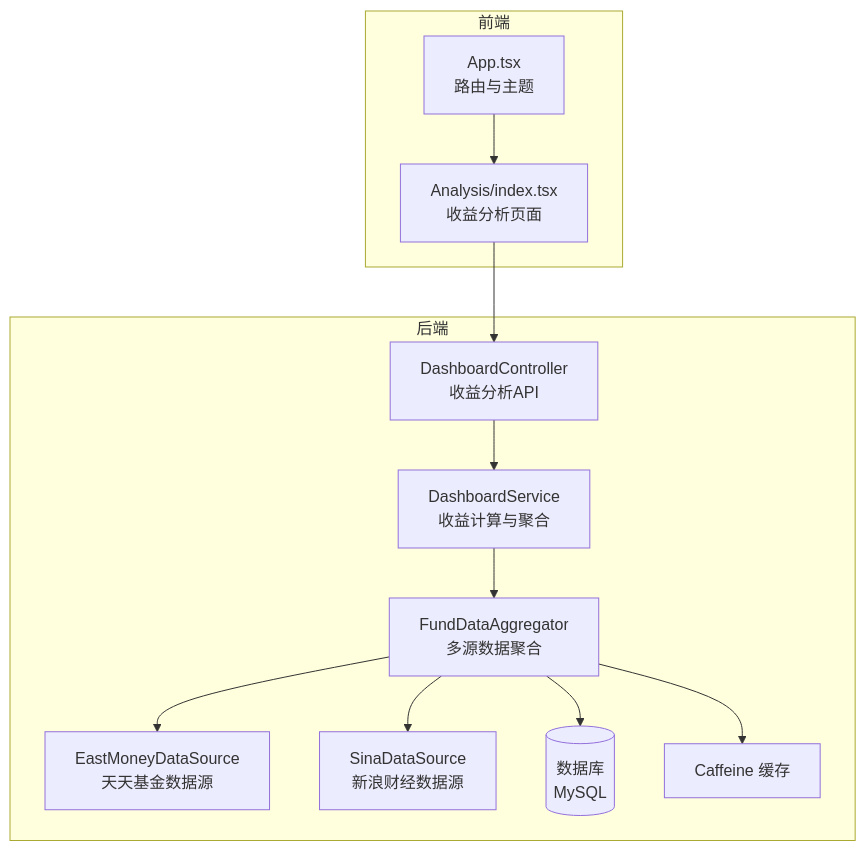
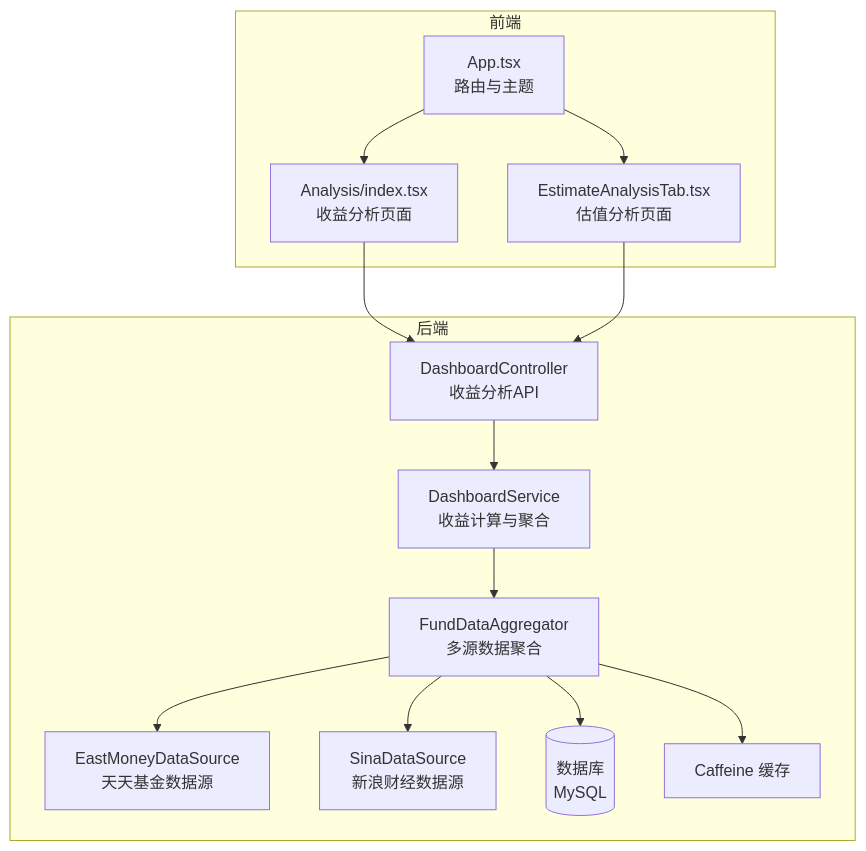
Before and after one commit to gree-coder/fund-butler: the first of 7 diagrams in .qoder/repowiki/zh/content/Progress Tracking.md, drawn with Mermaid. The commit also changed other lines of this file and 7 other files, not shown here.

Commit message:
fix: 修复收益趋势图全0问题，实现历史收益计算逻辑

````diff
--- a/.qoder/repowiki/zh/content/Progress Tracking.md
+++ b/.qoder/repowiki/zh/content/Progress Tracking.md
@@ -43,24 +56,27 @@
 ```mermaid
 graph TB
 subgraph "前端"
 FE_App["App.tsx<br/>路由与主题"]
 FE_Analysis["Analysis/index.tsx<br/>收益分析页面"]
+FE_Estimate["EstimateAnalysisTab.tsx<br/>估值分析页面"]
 end
 subgraph "后端"
 BE_Controller["DashboardController<br/>收益分析API"]
 BE_Service["DashboardService<br/>收益计算与聚合"]
 BE_Aggregator["FundDataAggregator<br/>多源数据聚合"]
 BE_East["EastMoneyDataSource<br/>天天基金数据源"]
 BE_Sina["SinaDataSource<br/>新浪财经数据源"]
 BE_DB[("数据库<br/>MySQL")]
 BE_Cache["Caffeine 缓存"]
 end
 FE_App --> FE_Analysis
+FE_App --> FE_Estimate
 FE_Analysis --> BE_Controller
+FE_Estimate --> BE_Controller
 BE_Controller --> BE_Service
 BE_Service --> BE_Aggregator
 BE_Aggregator --> BE_East
 BE_Aggregator --> BE_Sina
 BE_Aggregator --> BE_DB
 BE_Aggregator --> BE_Cache
 ```
````
